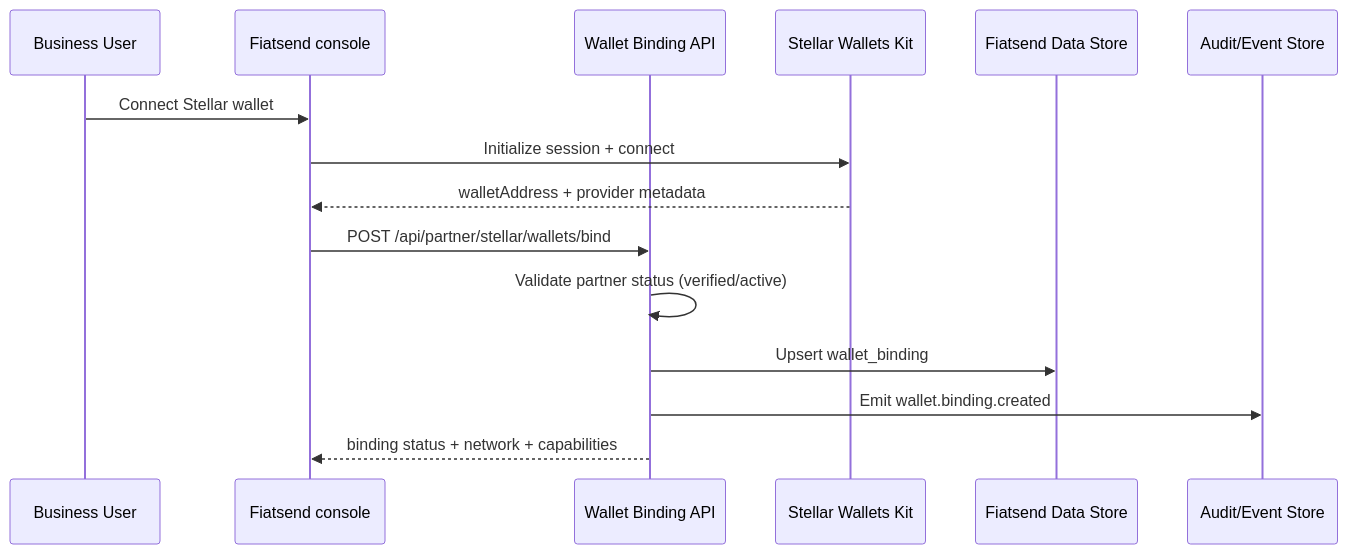
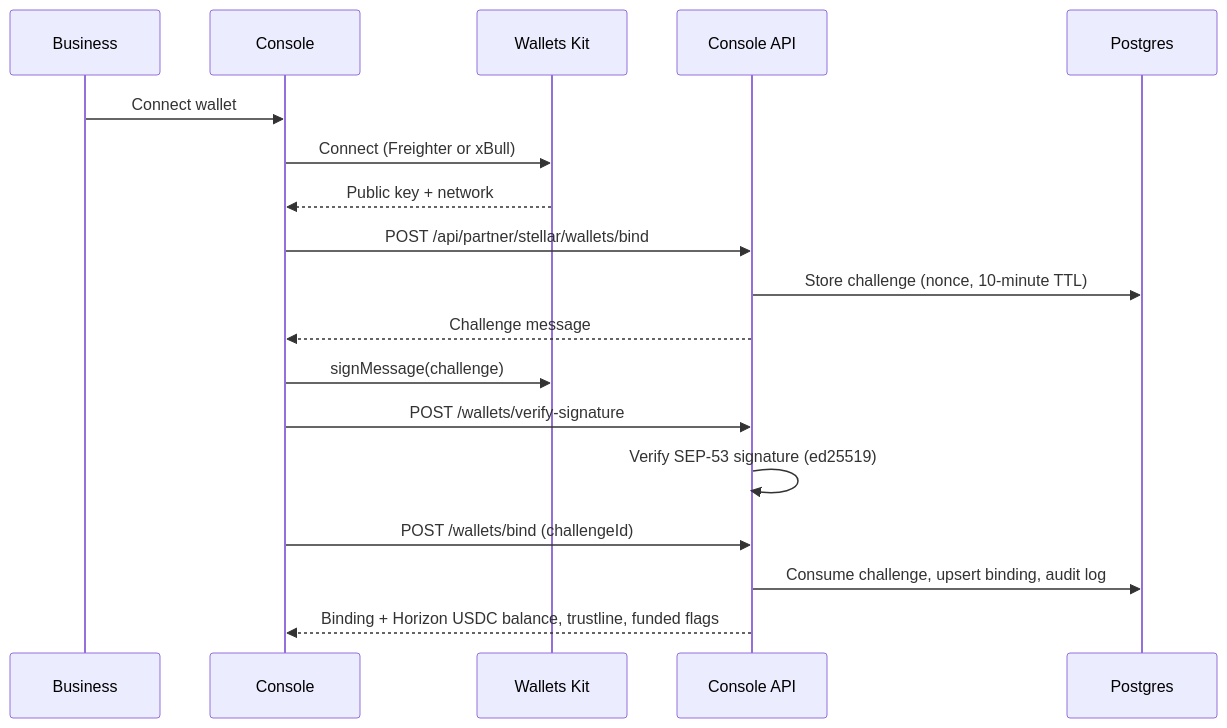
One commit to fiatsend/techical-achitecture changed the fourth of 7 diagrams in Fiatsend-Technical-Architecture-SCF43-Integration.md. Above: the diagram before and after it, drawn with Mermaid. The commit also changed other lines of this file, not shown here.

First line of the commit message:
Update the SCF43 architecture to what is built and live

````diff
--- a/Fiatsend-Technical-Architecture-SCF43-Integration.md
+++ b/Fiatsend-Technical-Architecture-SCF43-Integration.md
@@ -856,18 +209,21 @@
 ```mermaid
 sequenceDiagram
-    participant Biz as Business User
-    participant UI as Fiatsend console
-    participant API as Wallet Binding API
-    participant WK as Stellar Wallets Kit
-    participant DB as Fiatsend Data Store
-    participant AUD as Audit/Event Store
+    participant B as Business
+    participant UI as Console
+    participant WK as Wallets Kit
+    participant API as Console API
+    participant DB as Postgres
 
-    Biz->>UI: Connect Stellar wallet
-    UI->>WK: Initialize session + connect
-    WK-->>UI: walletAddress + provider metadata
+    B->>UI: Connect wallet
+    UI->>WK: Connect (Freighter or xBull)
+    WK-->>UI: Public key + network
     UI->>API: POST /api/partner/stellar/wallets/bind
-    API->>API: Validate partner status (verified/active)
-    API->>DB: Upsert wallet_binding
-    API->>AUD: Emit wallet.binding.created
-    API-->>UI: binding status + network + capabilities
+    API->>DB: Store challenge (nonce, 10-minute TTL)
+    API-->>UI: Challenge message
+    UI->>WK: signMessage(challenge)
+    UI->>API: POST /wallets/verify-signature
+    API->>API: Verify SEP-53 signature (ed25519)
+    UI->>API: POST /wallets/bind (challengeId)
+    API->>DB: Consume challenge, upsert binding, audit log
+    API-->>UI: Binding + Horizon USDC balance, trustline, funded flags
 ```
````
